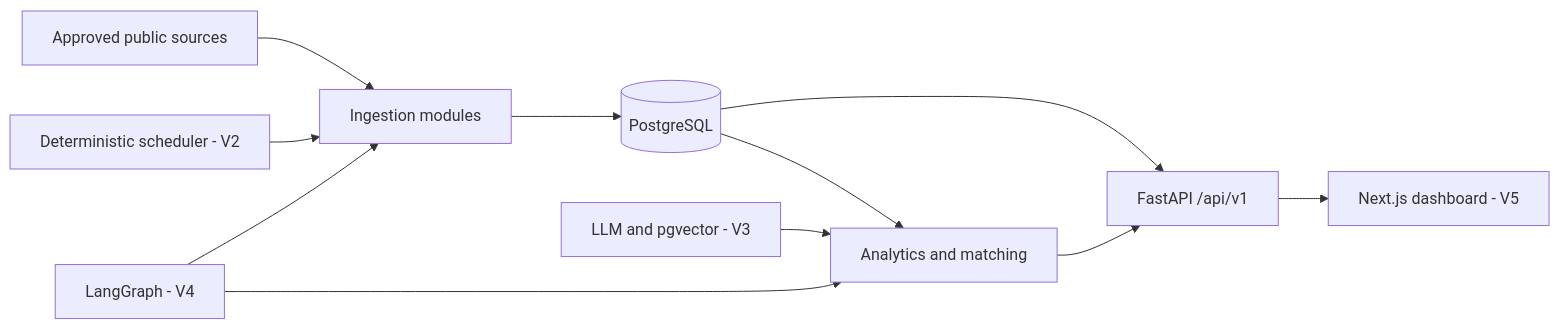
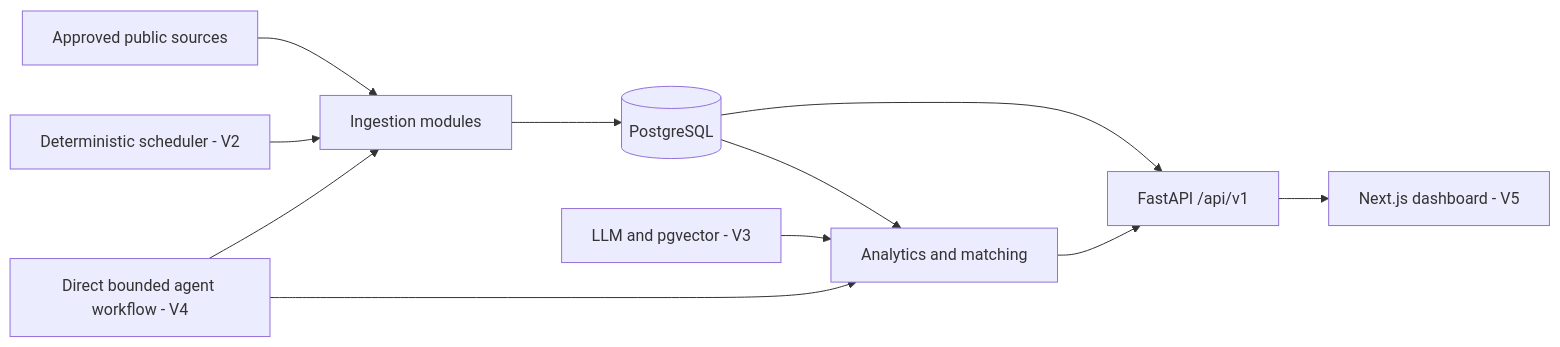
Before and after one commit to HPhucTV/DevRadar: the diagram in README.md, drawn with Mermaid. The commit also changed other lines of this file and 8 other files, not shown here.

Commit message:
docs: close v4-002 with direct agent workflow

````diff
--- a/README.md
+++ b/README.md
@@ -41,13 +41,13 @@
 ```mermaid
 flowchart LR
     S["Approved public sources"] --> I["Ingestion modules"]
     I --> P[("PostgreSQL")]
     P --> A["FastAPI /api/v1"]
     P --> X["Analytics and matching"]
     X --> A
     A --> W["Next.js dashboard - V5"]
     O["Deterministic scheduler - V2"] --> I
     L["LLM and pgvector - V3"] --> X
-    G["LangGraph - V4"] --> I
-    G --> X
+    D["Direct bounded agent workflow - V4"] --> I
+    D --> X
 ```
````
